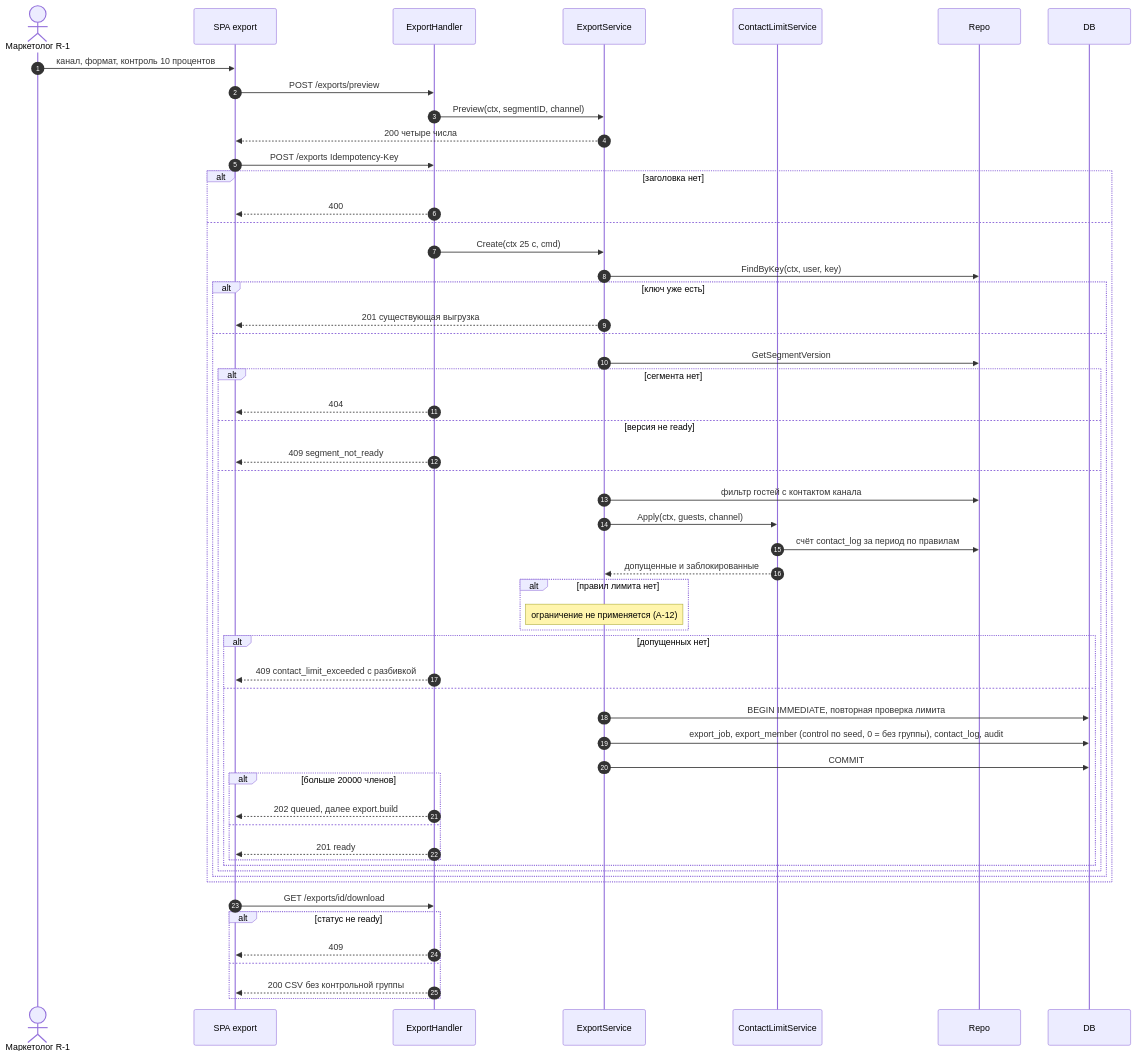
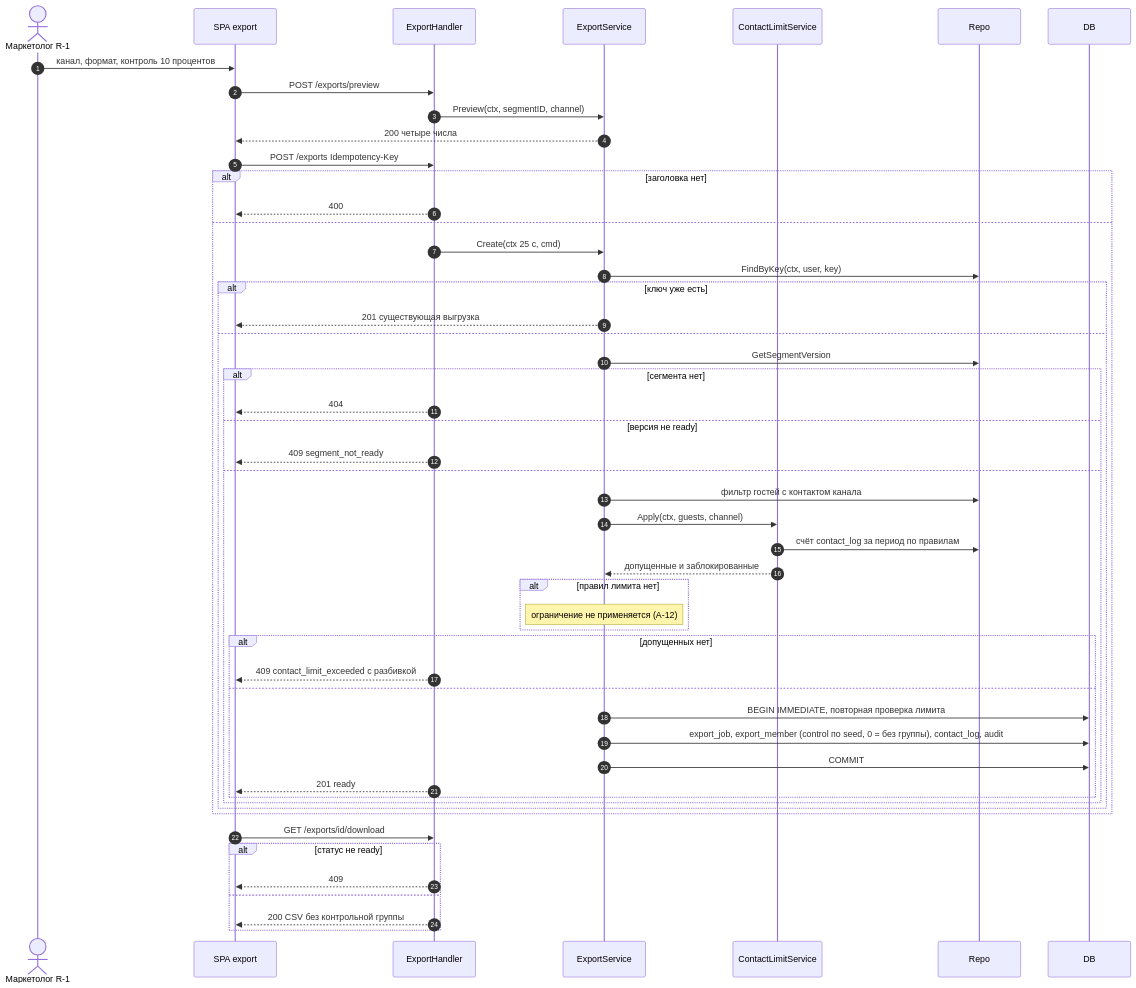
Before and after one commit to MangriMen/UCRP: the fifth of 9 diagrams in docs/design/09-sequence-diagrams.md, drawn with Mermaid. The commit also changed 6 other files, not shown here.

Commit message:
docs: describe exports as always synchronous and drop export.build

````diff
--- a/docs/design/09-sequence-diagrams.md
+++ b/docs/design/09-sequence-diagrams.md
@@ -196,58 +196,54 @@
 ```mermaid
 sequenceDiagram
   autonumber
   actor M as Маркетолог R-1
   participant SPA as SPA export
   participant H as ExportHandler
   participant S as ExportService
   participant L as ContactLimitService
   participant R as Repo
   participant DB as DB
   M->>SPA: канал, формат, контроль 10 процентов
   SPA->>H: POST /exports/preview
   H->>S: Preview(ctx, segmentID, channel)
   S-->>SPA: 200 четыре числа
   SPA->>H: POST /exports Idempotency-Key
   alt заголовка нет
     H-->>SPA: 400
   else
     H->>S: Create(ctx 25 с, cmd)
     S->>R: FindByKey(ctx, user, key)
     alt ключ уже есть
       S-->>SPA: 201 существующая выгрузка
     else
       S->>R: GetSegmentVersion
       alt сегмента нет
         H-->>SPA: 404
       else версия не ready
         H-->>SPA: 409 segment_not_ready
       else
         S->>R: фильтр гостей с контактом канала
         S->>L: Apply(ctx, guests, channel)
         L->>R: счёт contact_log за период по правилам
         L-->>S: допущенные и заблокированные
         alt правил лимита нет
           Note over S: ограничение не применяется (A-12)
         end
         alt допущенных нет
           H-->>SPA: 409 contact_limit_exceeded с разбивкой
         else
           S->>DB: BEGIN IMMEDIATE, повторная проверка лимита
           S->>DB: export_job, export_member (control по seed, 0 = без группы), contact_log, audit
           S->>DB: COMMIT
-          alt больше 20000 членов
-            H-->>SPA: 202 queued, далее export.build
-          else
-            H-->>SPA: 201 ready
-          end
+          H-->>SPA: 201 ready
         end
       end
     end
   end
   SPA->>H: GET /exports/id/download
   alt статус не ready
     H-->>SPA: 409
   else
     H-->>SPA: 200 CSV без контрольной группы
   end
 ```
````
